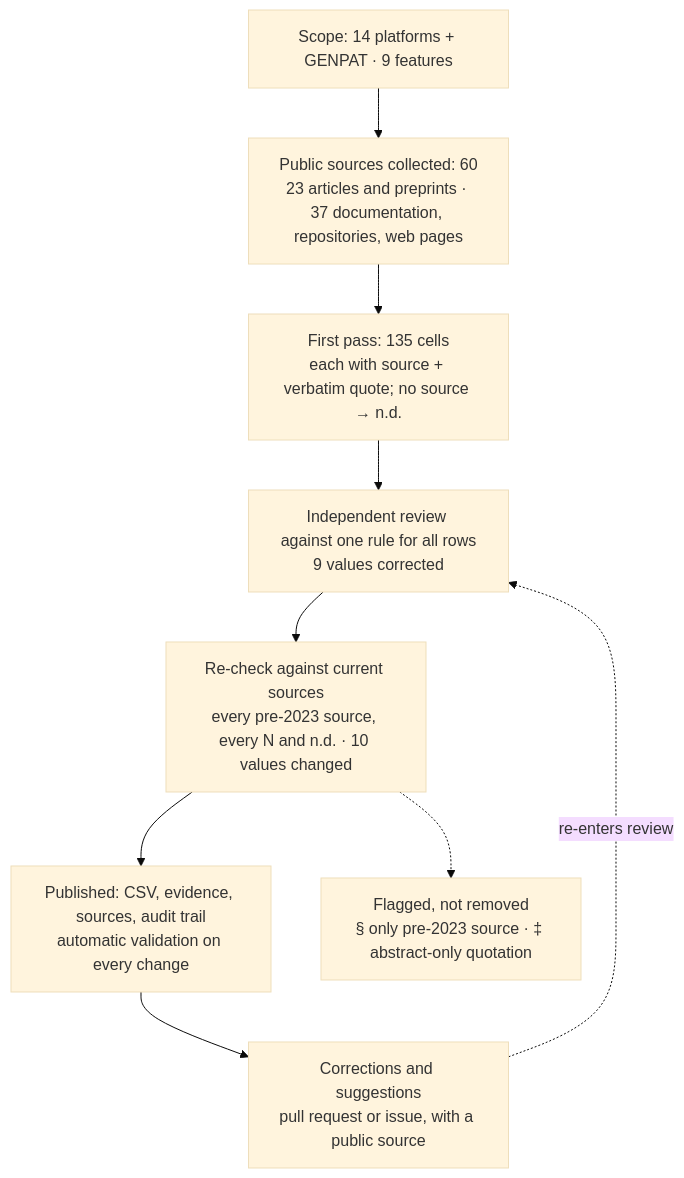
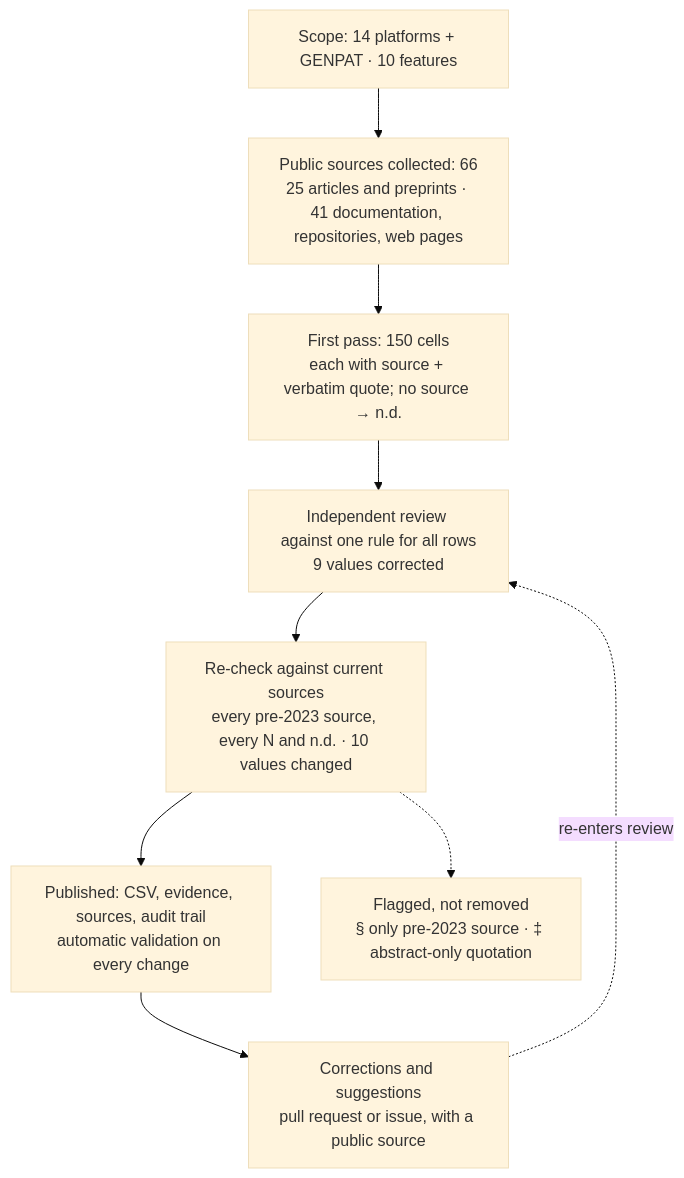
Before and after one commit to genpat-it/bioinformatics-platform-comparison: the diagram in METHODOLOGY.md, drawn with Mermaid (base theme). The commit also changed other lines of this file and 10 other files, not shown here.

Commit message:
Add feature D10: raw reads accepted (14 platforms, 6 new sources, evidence and quotations)

````diff
--- a/METHODOLOGY.md
+++ b/METHODOLOGY.md
@@ -46,11 +47,11 @@
 ```mermaid
 flowchart TD
-  A["Scope: 14 platforms + GENPAT · 9 features"] --> B["Public sources collected: 60<br/>23 articles and preprints · 37 documentation, repositories, web pages"]
-  B --> C["First pass: 135 cells<br/>each with source + verbatim quote; no source → n.d."]
+  A["Scope: 14 platforms + GENPAT · 10 features"] --> B["Public sources collected: 66<br/>25 articles and preprints · 41 documentation, repositories, web pages"]
+  B --> C["First pass: 150 cells<br/>each with source + verbatim quote; no source → n.d."]
   C --> D["Independent review against one rule for all rows<br/>9 values corrected"]
   D --> E["Re-check against current sources<br/>every pre-2023 source, every N and n.d. · 10 values changed"]
   E --> F["Published: CSV, evidence, sources, audit trail<br/>automatic validation on every change"]
   E -.-> G["Flagged, not removed<br/>§ only pre-2023 source · ‡ abstract-only quotation"]
   F --> H["Corrections and suggestions<br/>pull request or issue, with a public source"]
   H -.->|re-enters review| D
 ```
````
